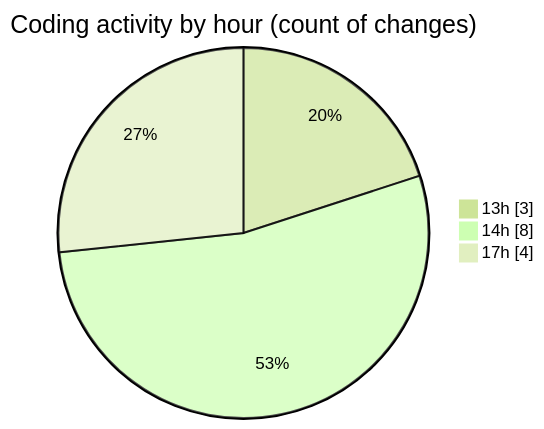
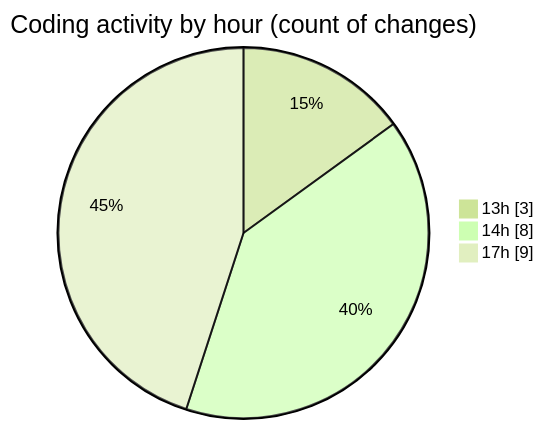
The second of 2 diagrams in 2025-02-04/recipe-page-main/README.md (NitaiMahat/code-tracking), drawn with Mermaid (forest theme) before and after one commit. The commit also changed other lines of this file and 1 other file, not shown here.

````diff
--- a/2025-02-04/recipe-page-main/README.md
+++ b/2025-02-04/recipe-page-main/README.md
@@ -30,7 +30,7 @@
 ```mermaid
 pie showData
 title Coding activity by hour (count of changes)
 "13h" : 3
 "14h" : 8
-"17h" : 4
+"17h" : 9
 ```
````
